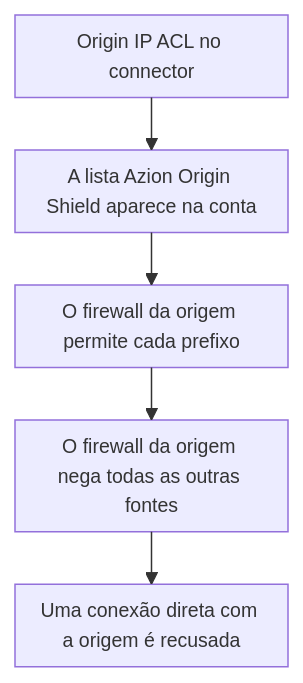
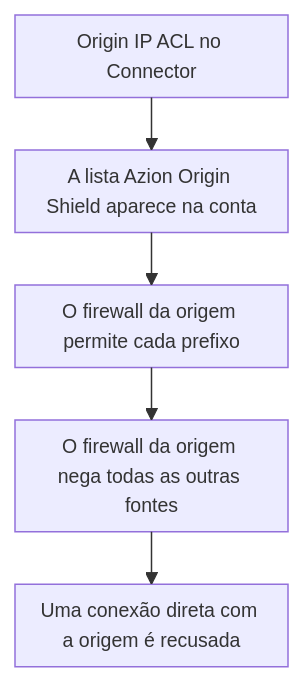
One commit to aziontech/docs changed the diagram in apps/docs/src/content/docs/pt-br/pages/guias/bots-e-rede/restringir-uma-origem-a-azion-com-origin-ip-acl.mdx. Above: the diagram before and after it, drawn with Mermaid. The commit also changed other lines of this file and 83 other files, not shown here.

````diff
--- a/apps/docs/src/content/docs/pt-br/pages/guias/bots-e-rede/restringir-uma-origem-a-azion-com-origin-ip-acl.mdx
+++ b/apps/docs/src/content/docs/pt-br/pages/guias/bots-e-rede/restringir-uma-origem-a-azion-com-origin-ip-acl.mdx
@@ -21,8 +21,8 @@
 ```mermaid
 %%{init: {"layout": "elk", "themeVariables": {"fontSize": "13px"}, "flowchart": {"nodeSpacing": 24, "rankSpacing": 36, "padding": 8, "wrappingWidth": 150, "useMaxWidth": true}, "sequence": {"width": 120, "actorMargin": 30, "useMaxWidth": true}}}%%
 flowchart TD
-  Switch["Origin IP ACL no connector"] --> List["A lista Azion Origin Shield aparece na conta"]
+  Switch["Origin IP ACL no Connector"] --> List["A lista Azion Origin Shield aparece na conta"]
   List --> Allow["O firewall da origem permite cada prefixo"]
   Allow --> Deny["O firewall da origem nega todas as outras fontes"]
   Deny --> Check["Uma conexão direta com a origem é recusada"]
 ```
````
